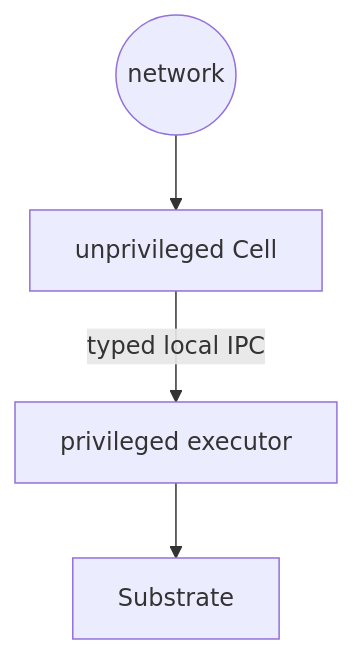
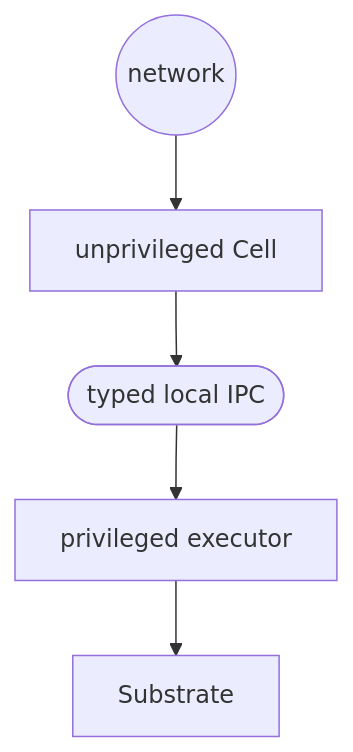
Before and after one commit to kmosoti/Nomos: diagram 11 of 16 in docs/PROJECT-SPEC.md, drawn with Mermaid. The commit also changed other lines of this file and 7 other files, not shown here.

First line of the commit message:
Fix Mermaid diagrams that fail to render on GitHub

````diff
--- a/docs/PROJECT-SPEC.md
+++ b/docs/PROJECT-SPEC.md
@@ -596,6 +596,6 @@
 ```mermaid
 flowchart TB
     N(("network")) --> U["unprivileged Cell"]
-    U -- "typed local IPC" --> P["privileged executor"]
+    U --> IPC(["typed local IPC"]) --> P["privileged executor"]
     P --> S["Substrate"]
 ```
````
